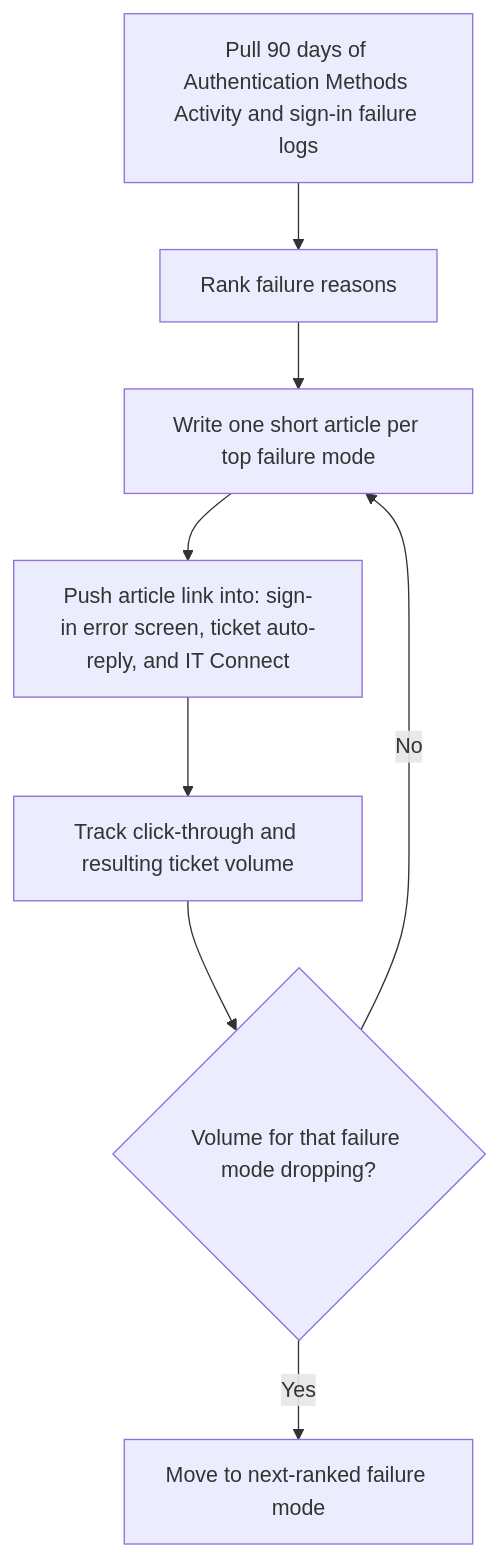
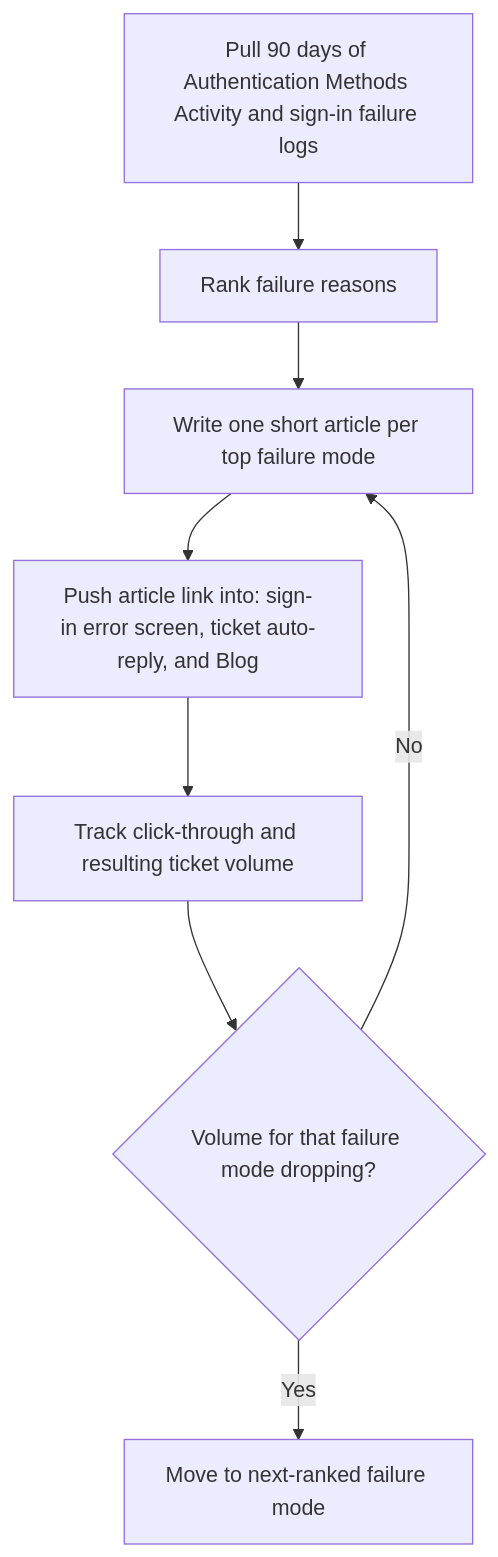
One commit to OIT-Client-Systems/GeneralDocs-Shared- changed the fifth of 8 diagrams in Accounts_and_Authenticator.md. Above: the diagram before and after it, drawn with Mermaid. The commit also changed other lines of this file, not shown here.

````diff
--- a/Accounts_and_Authenticator.md
+++ b/Accounts_and_Authenticator.md
@@ -89,10 +89,10 @@
 ```mermaid
 flowchart TD
     A[Pull 90 days of Authentication Methods Activity and sign-in failure logs] --> B[Rank failure reasons]
     B --> C[Write one short article per top failure mode]
-    C --> D[Push article link into: sign-in error screen, ticket auto-reply, and IT Connect]
+    C --> D[Push article link into: sign-in error screen, ticket auto-reply, and Blog]
     D --> E[Track click-through and resulting ticket volume]
     E --> F{Volume for that failure mode dropping?}
     F -- No --> C
     F -- Yes --> G[Move to next-ranked failure mode]
 ```
````
